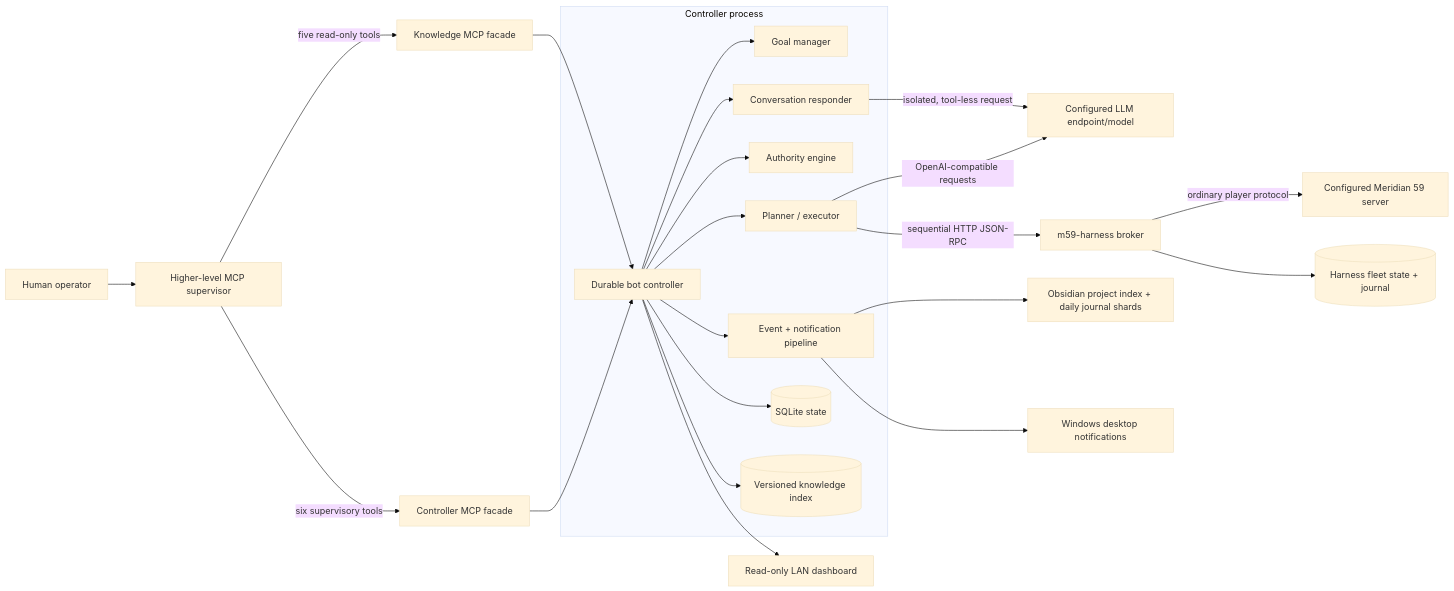
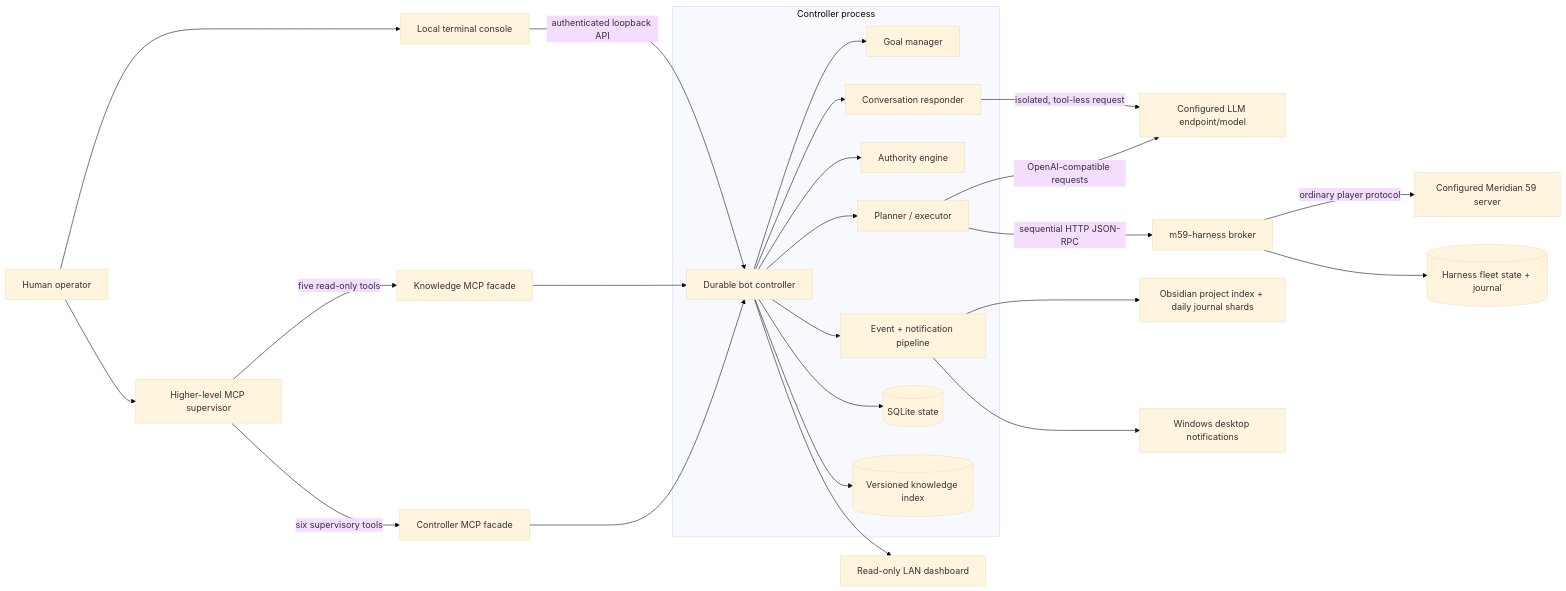
One commit to cpappas213/meridian59-llm-bot changed the first of 3 diagrams in docs/requirements/architecture.md. Above: the diagram before and after it, drawn with Mermaid (base theme). The commit also changed other lines of this file and 32 other files, not shown here.

````diff
--- a/docs/requirements/architecture.md
+++ b/docs/requirements/architecture.md
@@ -10,28 +10,30 @@
 ```mermaid
 flowchart LR
     U["Human operator"] --> V["Higher-level MCP supervisor"]
+    U --> T["Local terminal console"]
     V -->|"six supervisory tools"| M["Controller MCP facade"]
     V -->|"five read-only tools"| K["Knowledge MCP facade"]
     M --> C["Durable bot controller"]
     K --> C
+    T -->|"authenticated loopback API"| C
 
     subgraph CTRL["Controller process"]
       C --> G["Goal manager"]
       C --> L["Planner / executor"]
       C --> A["Authority engine"]
       C --> R["Conversation responder"]
       C --> E["Event + notification pipeline"]
       C --> D[("SQLite state")]
       C --> X[("Versioned knowledge index")]
     end
 
     L -->|"OpenAI-compatible requests"| Q["Configured LLM endpoint/model"]
     R -->|"isolated, tool-less request"| Q
     L -->|"sequential HTTP JSON-RPC"| B["m59-harness broker"]
     B -->|"ordinary player protocol"| S["Configured Meridian 59 server"]
     B --> H[("Harness fleet state + journal")]
 
     E --> O["Obsidian project index + daily journal shards"]
     E --> N["Windows desktop notifications"]
     C --> W["Read-only LAN dashboard"]
 ```
````
